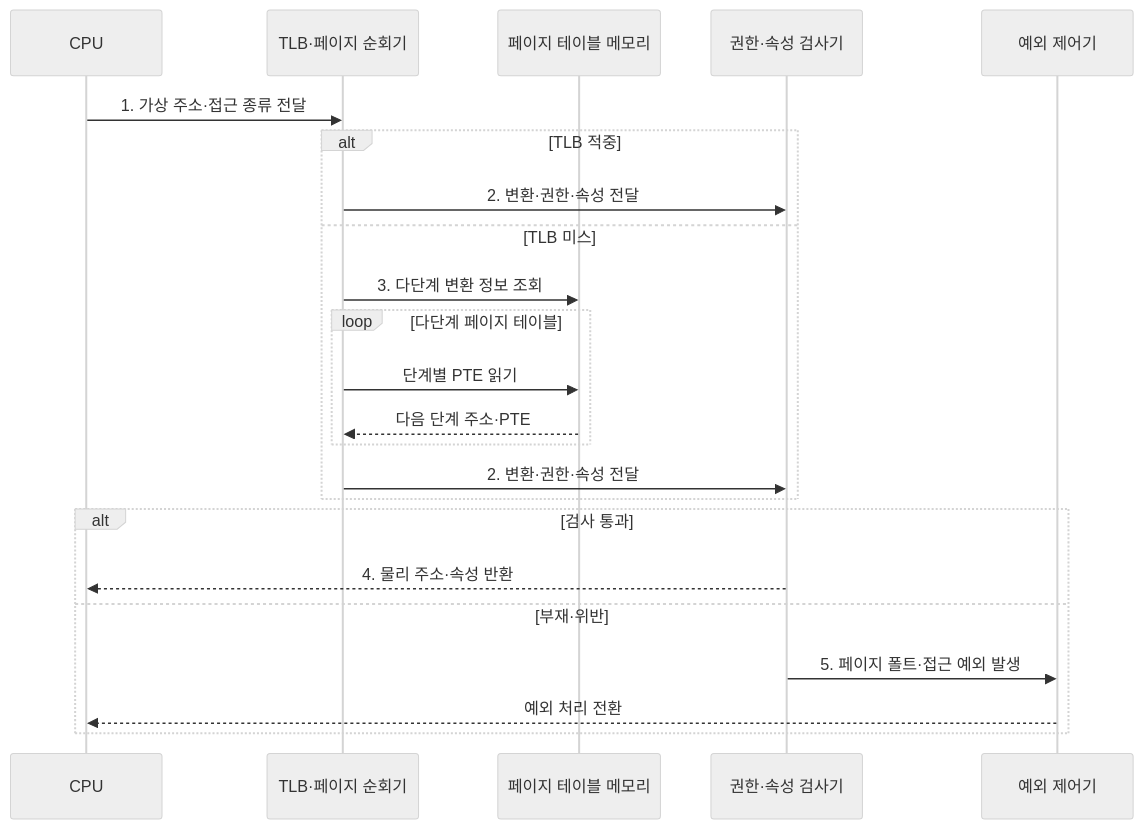
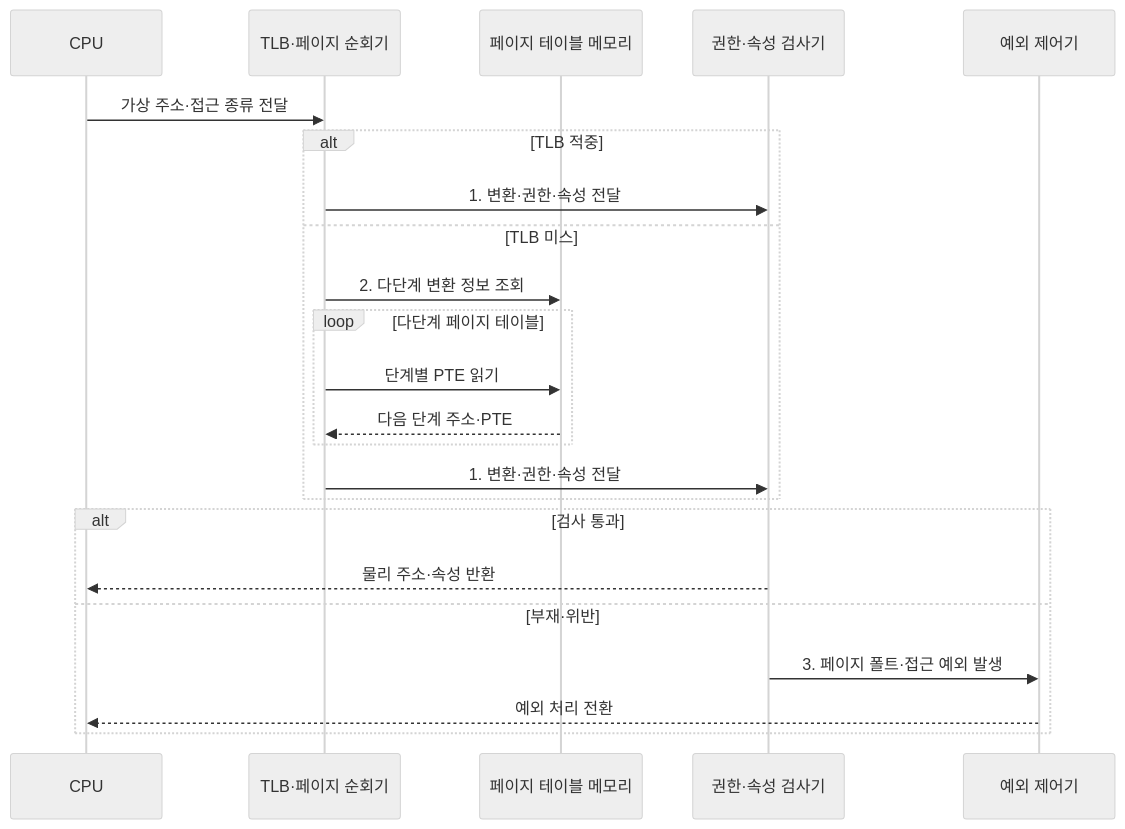
One commit to agnusdei1207/knowledge-base changed the second of 2 diagrams in src/content/docs/notes/02-hardware/020_mmu.md. Above: the diagram before and after it, drawn with Mermaid (neutral theme). The commit also changed other lines of this file and 19 other files, not shown here.

````diff
--- a/src/content/docs/notes/02-hardware/020_mmu.md
+++ b/src/content/docs/notes/02-hardware/020_mmu.md
@@ -88,25 +88,25 @@
 ```mermaid
 sequenceDiagram
     participant C as CPU
     participant V as TLB·페이지 순회기
     participant M as 페이지 테이블 메모리
     participant P as 권한·속성 검사기
     participant E as 예외 제어기
-    C->>V: 1. 가상 주소·접근 종류 전달
+    C->>V: 가상 주소·접근 종류 전달
     alt TLB 적중
-        V->>P: 2. 변환·권한·속성 전달
+        V->>P: 1. 변환·권한·속성 전달
     else TLB 미스
-        V->>M: 3. 다단계 변환 정보 조회
+        V->>M: 2. 다단계 변환 정보 조회
         loop 다단계 페이지 테이블
             V->>M: 단계별 PTE 읽기
             M-->>V: 다음 단계 주소·PTE
         end
-        V->>P: 2. 변환·권한·속성 전달
+        V->>P: 1. 변환·권한·속성 전달
     end
     alt 검사 통과
-        P-->>C: 4. 물리 주소·속성 반환
+        P-->>C: 물리 주소·속성 반환
     else 부재·위반
-        P->>E: 5. 페이지 폴트·접근 예외 발생
+        P->>E: 3. 페이지 폴트·접근 예외 발생
         E-->>C: 예외 처리 전환
     end
 ```
````
